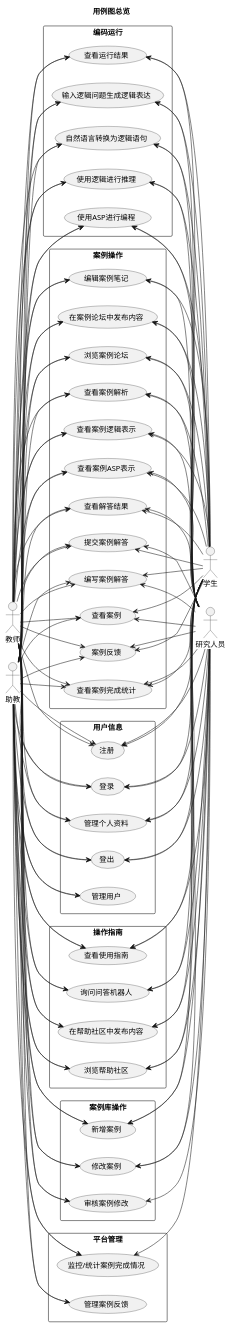
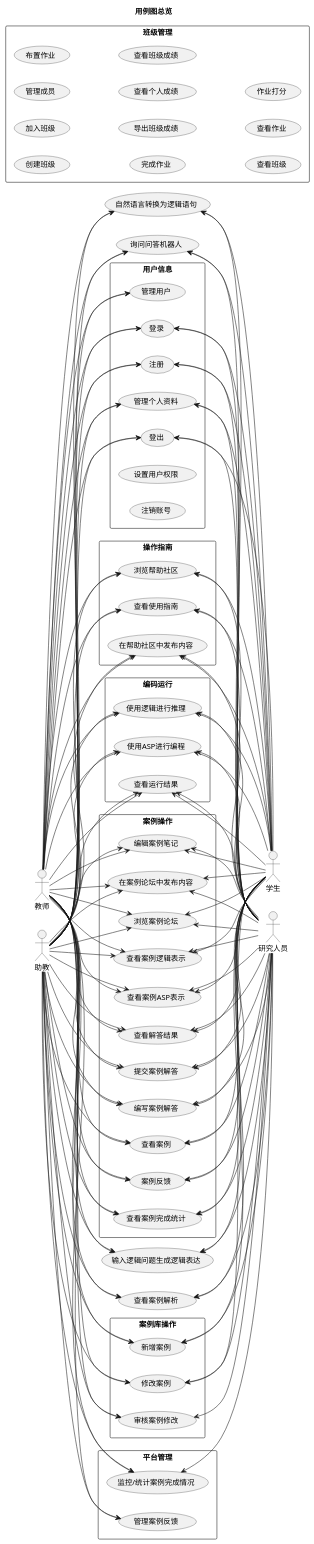
The second of 11 diagrams in platform-design/design-docs/my-usecase-design-v1.wsd (reaLJR/Logical-thinking-and-programming), drawn with PlantUML before and after one commit. The commit also changed other lines of this file and 26 other files, not shown here.

```diff
--- a/platform-design/design-docs/my-usecase-design-v1.wsd
+++ b/platform-design/design-docs/my-usecase-design-v1.wsd
@@ -310,13 +315,16 @@
     usecase (登出) as signOut
     usecase (管理个人资料) as manageInfo
     usecase (管理用户) as manageAccount
+
+    usecase (设置用户权限) as setRight
+    usecase (注销账号) as closeAccount
 }
 
 rectangle "操作指南" {
     usecase (查看使用指南) as viewGuide
     usecase (浏览帮助社区) as viewHelpCommunity
     usecase (在帮助社区中发布内容) as communicateHelpCommunity
-    usecase (询问问答机器人) as askRobot    
+     
 }
 
 rectangle "编码运行" {
@@ -324,9 +332,9 @@
 
     usecase (使用逻辑进行推理) as viaLogic
 
-    usecase (自然语言转换为逻辑语句) as viaNl
+    ' usecase (自然语言转换为逻辑语句) as viaNl
 
-    usecase (输入逻辑问题生成逻辑表达) as questionAutoTransfer
+    ' usecase (输入逻辑问题生成逻辑表达) as questionAutoTransfer
 
     usecase (查看运行结果) as checkResult
 }
@@ -339,13 +347,27 @@
     usecase (查看案例ASP表示) as caseAsp
     usecase (查看案例逻辑表示) as caseLogic
 
-    usecase (查看案例解析) as viewCaseAnalysis
     usecase (浏览案例论坛) as viewCaseCommunity
     usecase (在案例论坛中发布内容) as communicateCaseCommunity
     usecase (编辑案例笔记) as writeCaseNotes
     usecase (查看案例完成统计) as checkCaseStatistics
     usecase (案例反馈) as caseFeedback
 }
+
+rectangle "班级管理" {
+    usecase (创建班级) as createClass
+    usecase (加入班级) as joinClass
+    usecase (管理成员) as manageMember
+    usecase (布置作业) as publishHomework
+    usecase (完成作业) as finishHomework
+    usecase (导出班级成绩) as exportScore
+    usecase (查看个人成绩) as viewMyScore
+    usecase (查看班级成绩) as viewSccores
+    usecase (查看班级) as viewClass
+    usecase (查看作业) as viewHomework
+    usecase (作业打分) as setScore
+}
+
 
 rectangle "案例库操作" {
     usecase (新增案例) as addCase
```
